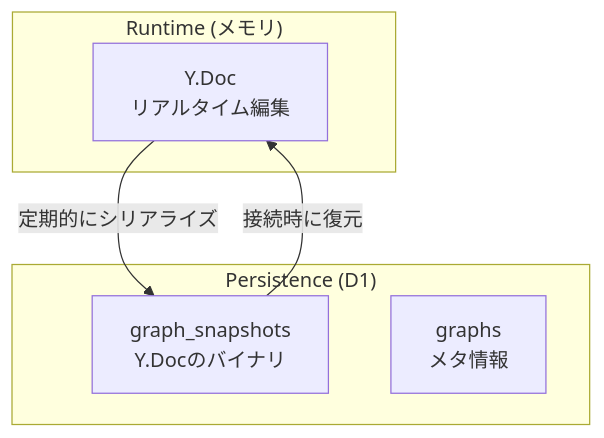
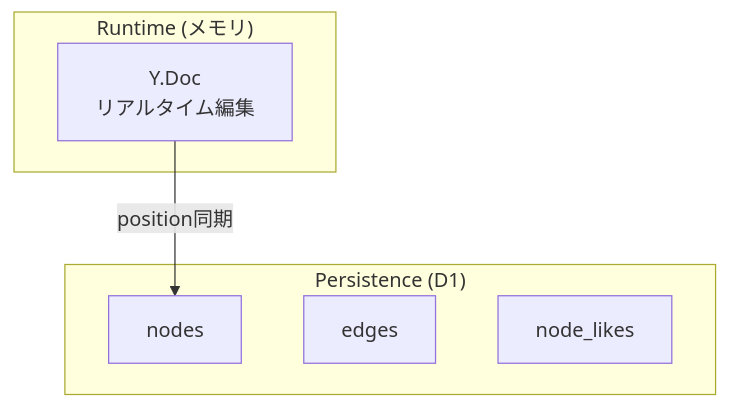
The first of 5 diagrams in docs/03-data-model.md (wtnqk/think-graph), drawn with Mermaid before and after one commit. The commit also changed other lines of this file and 1 other file, not shown here.

````diff
--- a/docs/03-data-model.md
+++ b/docs/03-data-model.md
@@ -7,14 +7,14 @@
 ```mermaid
 graph TB
     subgraph "Runtime (メモリ)"
         YD[Y.Doc<br/>リアルタイム編集]
     end
 
     subgraph "Persistence (D1)"
-        GS[graph_snapshots<br/>Y.Docのバイナリ]
-        GM[graphs<br/>メタ情報]
+        N[nodes]
+        E[edges]
+        NL[node_likes]
     end
 
-    YD -->|定期的にシリアライズ| GS
-    GS -->|接続時に復元| YD
+    YD -->|position同期| N
 ```
````
